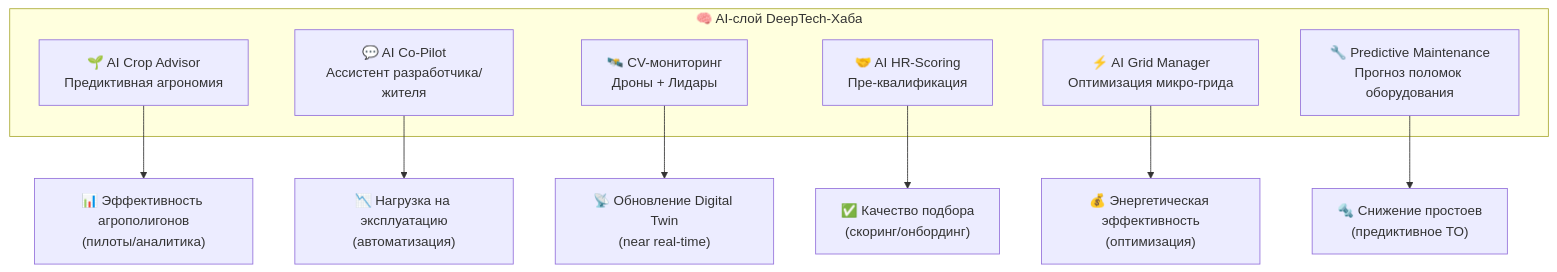
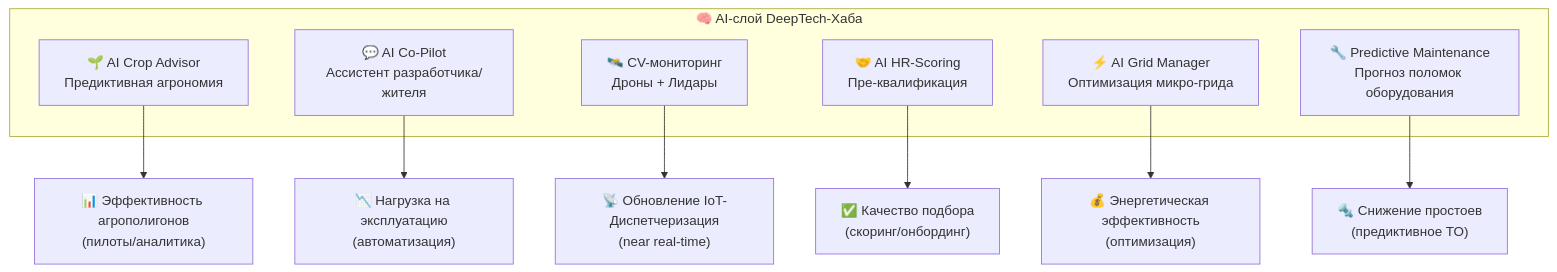
One commit to NeuroLoft/NEURO-ESTATE changed the third of 7 diagrams in ТЭО_Родовое_Поместье_Кейс/ТЭО_Родовое_Поместье_Раздел_3_Описание_концепции.md. Above: the diagram before and after it, drawn with Mermaid. The commit also changed other lines of this file and 19 other files, not shown here.

````diff
--- a/ТЭО_Родовое_Поместье_Кейс/ТЭО_Родовое_Поместье_Раздел_3_Описание_концепции.md
+++ b/ТЭО_Родовое_Поместье_Кейс/ТЭО_Родовое_Поместье_Раздел_3_Описание_концепции.md
@@ -167,17 +167,17 @@
 ```mermaid
 flowchart TB
     subgraph AI["🧠 AI-слой DeepTech-Хаба"]
         A1["🌱 AI Crop Advisor\nПредиктивная агрономия"]
         A2["💬 AI Co-Pilot\nАссистент разработчика/жителя"]
         A3["🛰️ CV-мониторинг\nДроны + Лидары"]
         A4["🤝 AI HR-Scoring\nПре-квалификация"]
         A5["⚡ AI Grid Manager\nОптимизация микро-грида"]
         A6["🔧 Predictive Maintenance\nПрогноз поломок оборудования"]
     end
     A1 --> KPI["📊 Эффективность агрополигонов\n(пилоты/аналитика)"]
     A2 --> KPI2["📉 Нагрузка на эксплуатацию\n(автоматизация)"]
-    A3 --> KPI3["📡 Обновление Digital Twin\n(near real-time)"]
+    A3 --> KPI3["📡 Обновление IoT-Диспетчеризация\n(near real-time)"]
     A4 --> KPI4["✅ Качество подбора\n(скоринг/онбординг)"]
     A5 --> KPI5["💰 Энергетическая эффективность\n(оптимизация)"]
     A6 --> KPI6["🔩 Снижение простоев\n(предиктивное ТО)"]
 ```
````
